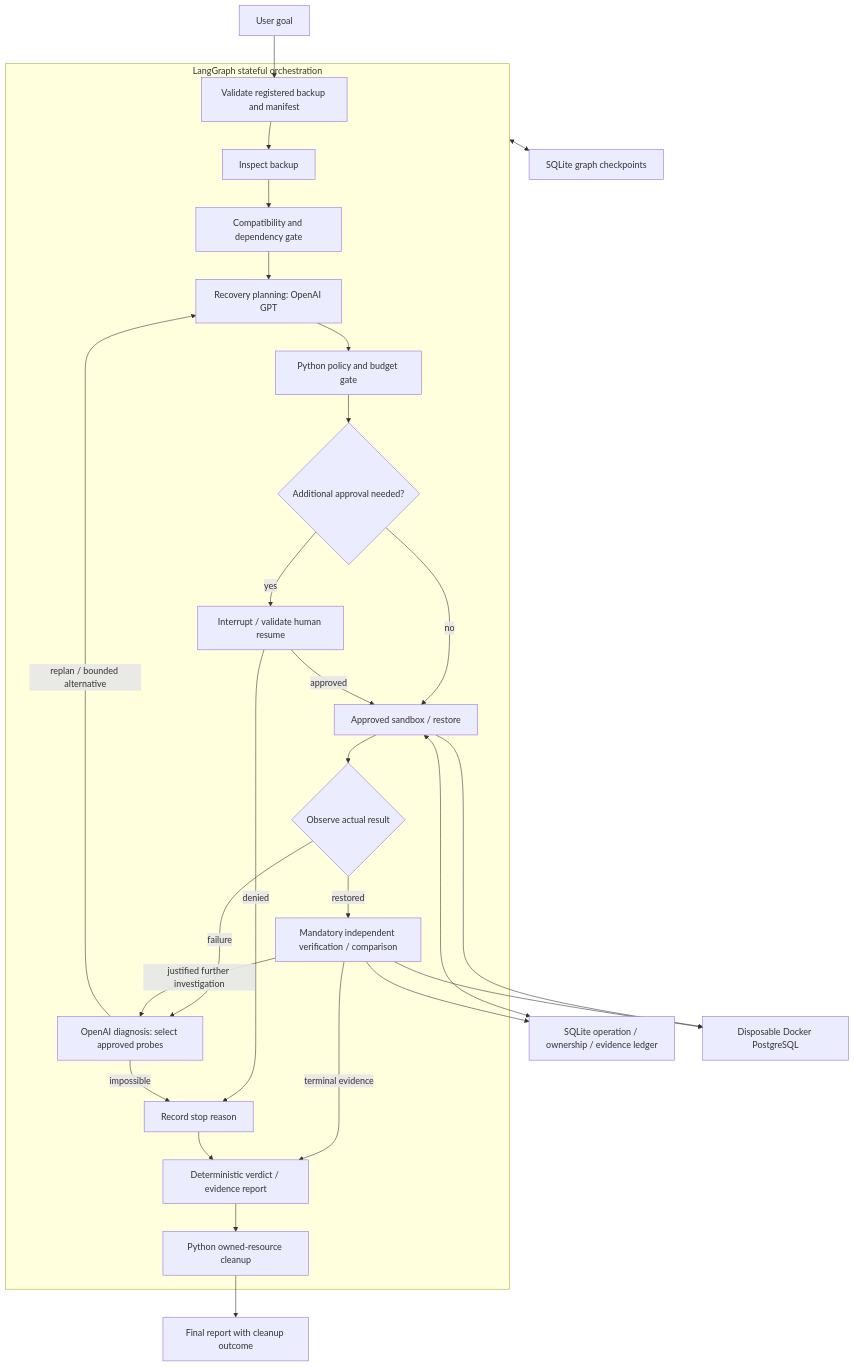
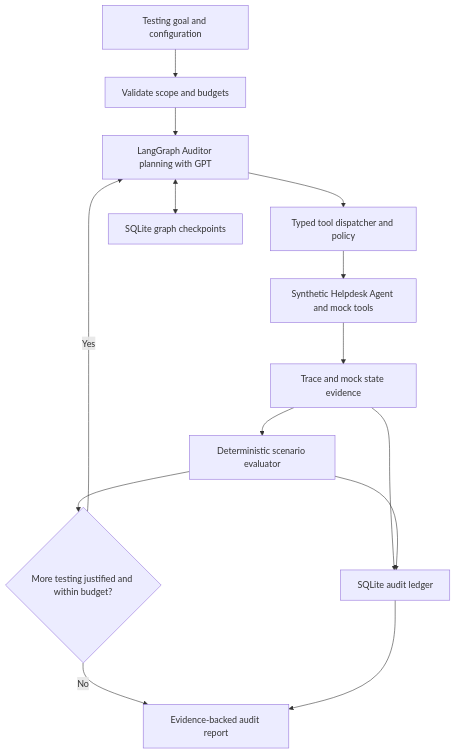
One commit to ZxZxZ143/css4007-ai-agents-final-yevgenii-kurlykov changed the diagram in reports/proposal.md. Above: the diagram before and after it, drawn with Mermaid. The commit also changed other lines of this file and 5 other files, not shown here.

````diff
--- a/reports/proposal.md
+++ b/reports/proposal.md
@@ -109,30 +78,16 @@
 ```mermaid
 flowchart TD
-    U[User goal] --> IN[Validate registered backup and manifest]
-    subgraph LG[LangGraph stateful orchestration]
-        IN --> I[Inspect backup]
-        I --> C[Compatibility and dependency gate]
-        C --> P[Recovery planning: OpenAI GPT]
-        P --> G[Python policy and budget gate]
-        G --> H{Additional approval needed?}
-        H -->|yes| A[Interrupt / validate human resume]
-        H -->|no| S[Approved sandbox / restore]
-        A -->|approved| S
-        A -->|denied| STOP[Record stop reason]
-        S --> O{Observe actual result}
-        O -->|restored| V[Mandatory independent verification / comparison]
-        O -->|failure| D[OpenAI diagnosis: select approved probes]
-        D -->|replan / bounded alternative| P
-        D -->|impossible| STOP
-        V -->|justified further investigation| D
-        V -->|terminal evidence| R[Deterministic verdict / evidence report]
-        STOP --> R
-        R --> CL[Python owned-resource cleanup]
-    end
-    LG <--> CP[SQLite graph checkpoints]
-    S <--> LED[SQLite operation / ownership / evidence ledger]
-    V --> LED
-    S --> DB[Disposable Docker PostgreSQL]
-    V --> DB
-    CL --> OUT[Final report with cleanup outcome]
+    U[Testing goal and configuration] --> V[Validate scope and budgets]
+    V --> P[LangGraph Auditor planning with GPT]
+    P --> D[Typed tool dispatcher and policy]
+    D --> T[Synthetic Helpdesk Agent and mock tools]
+    T --> E[Trace and mock state evidence]
+    E --> O[Deterministic scenario evaluator]
+    O --> A{More testing justified and within budget?}
+    A -->|Yes| P
+    A -->|No| R[Evidence-backed audit report]
+    P <--> C[SQLite graph checkpoints]
+    E --> L[SQLite audit ledger]
+    O --> L
+    L --> R
 ```
````
